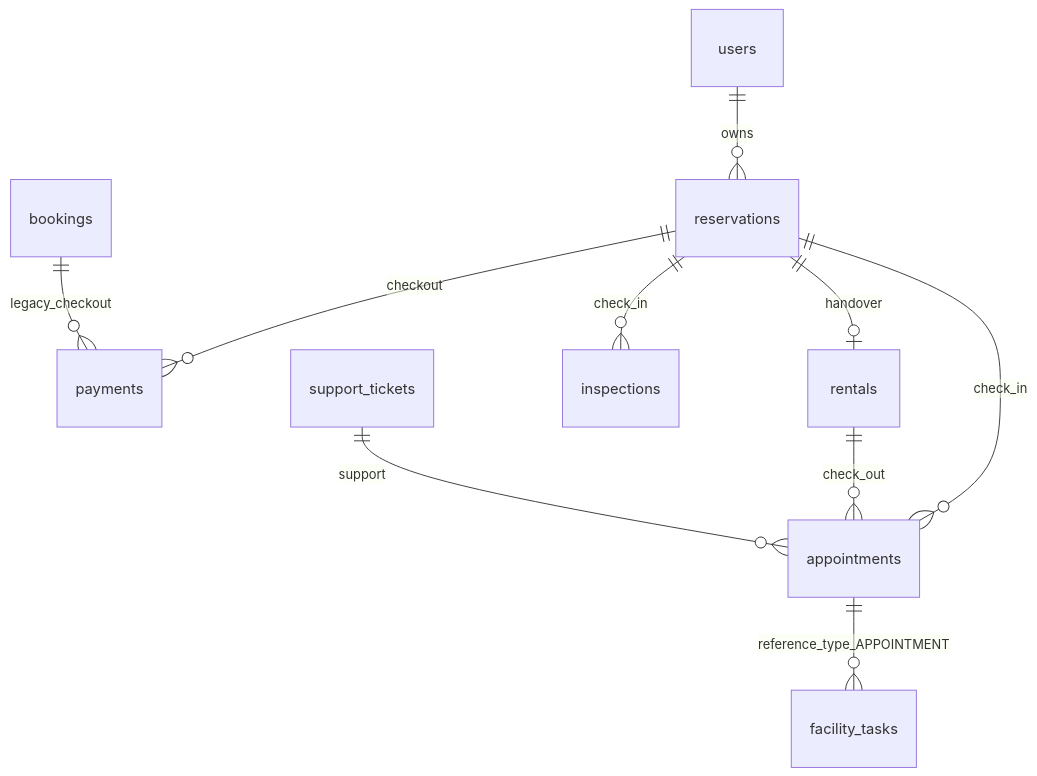
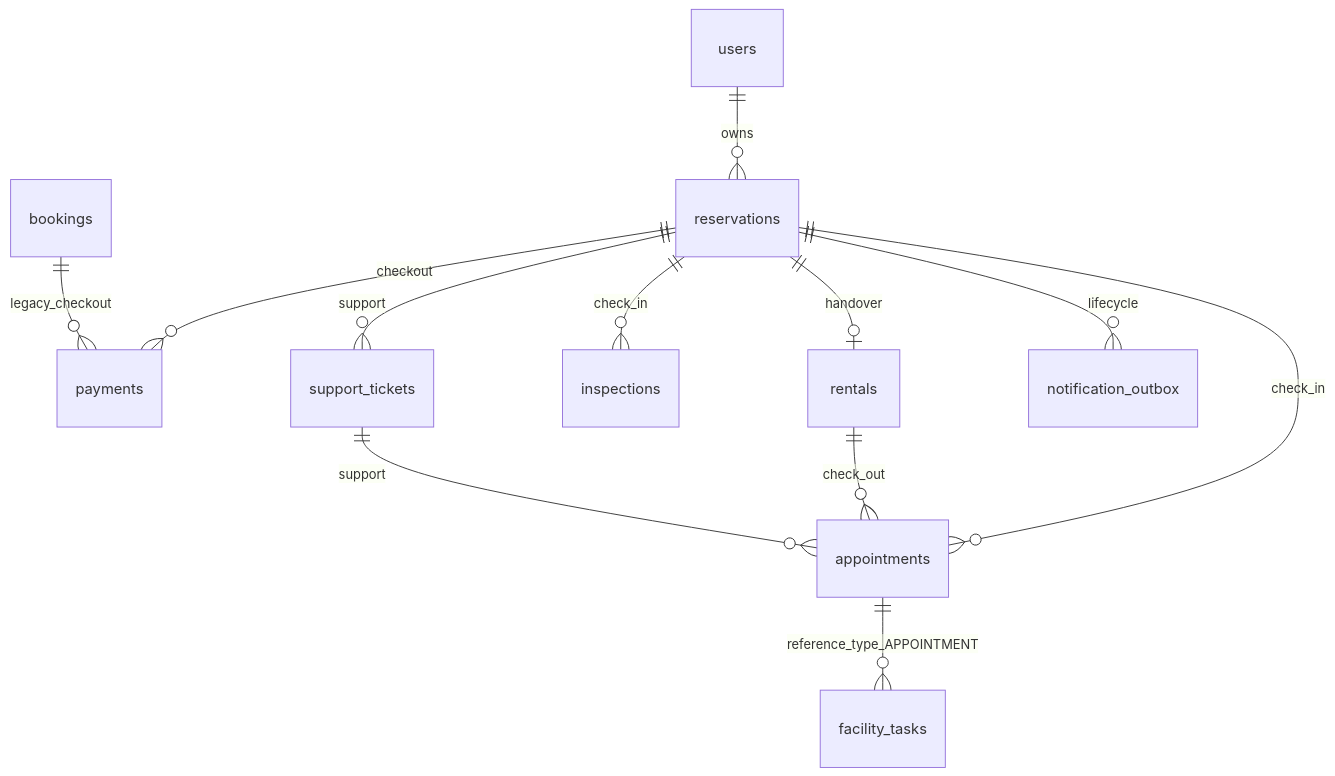
The first of 3 diagrams in docs/db-diagram.md (vlnguyen910/meta-storage), drawn with Mermaid before and after one commit. The commit also changed other lines of this file and 92 other files, not shown here.

````diff
--- a/docs/db-diagram.md
+++ b/docs/db-diagram.md
@@ -18,12 +22,14 @@
 ```mermaid
 erDiagram
   users ||--o{ reservations : owns
   reservations ||--o{ payments : checkout
   bookings ||--o{ payments : legacy_checkout
   reservations ||--o{ appointments : check_in
   reservations ||--o| rentals : handover
   reservations ||--o{ inspections : check_in
+  reservations ||--o{ support_tickets : support
+  reservations ||--o{ notification_outbox : lifecycle
   rentals ||--o{ appointments : check_out
   support_tickets ||--o{ appointments : support
   appointments ||--o{ facility_tasks : reference_type_APPOINTMENT
 ```
````
